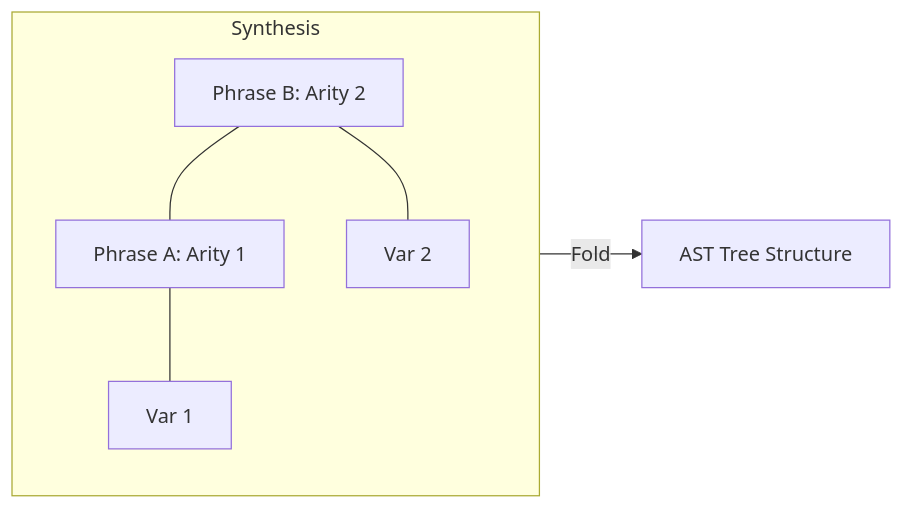
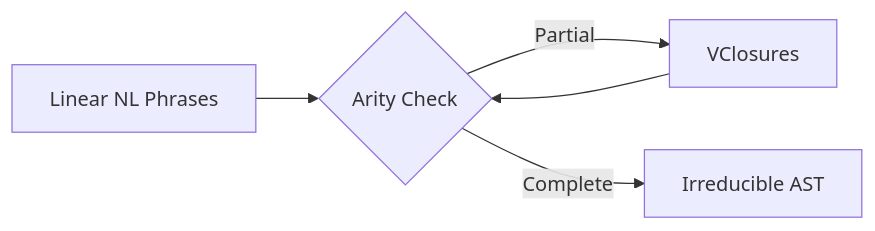
The second of 8 diagrams in Reports/METHODOLOGY_DIAGRAMS.md (aikenkyu001/morphic_inner_world), drawn with Mermaid before and after one commit. The commit also changed other lines of this file and 15 other files, not shown here.

First line of the commit message:
docs: finalize bilingual academic papers with integrated diagrams and sequential numbering

````diff
--- a/Reports/METHODOLOGY_DIAGRAMS.md
+++ b/Reports/METHODOLOGY_DIAGRAMS.md
@@ -18,9 +20,7 @@
 ```mermaid
 graph LR
-    subgraph Synthesis
-    P1[Phrase A: Arity 1] --- V1[Var 1]
-    P2[Phrase B: Arity 2] --- P1
-    P2 --- V2[Var 2]
-    end
-    Synthesis -->|Fold| AST[AST Tree Structure]
+    Phrases[Linear NL Phrases] --> Arity{Arity Check}
+    Arity -->|Partial| Closures[VClosures]
+    Arity -->|Complete| AST[Irreducible AST]
+    Closures --> Arity
 ```
````
